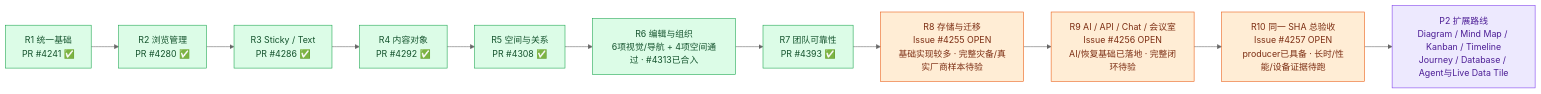
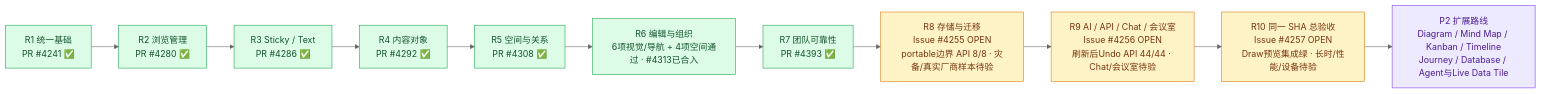
The first of 5 diagrams in phases/phase-19-board-visual-workspace/design-deltas/2026-09-26-unified-board-plan.md (boardx/workspacex), drawn with Mermaid (neutral theme) before and after one commit. The commit also changed other lines of this file, not shown here.

````diff
--- a/phases/phase-19-board-visual-workspace/design-deltas/2026-09-26-unified-board-plan.md
+++ b/phases/phase-19-board-visual-workspace/design-deltas/2026-09-26-unified-board-plan.md
@@ -27,20 +29,20 @@
 ```mermaid
 flowchart LR
   R1["R1 统一基础<br/>PR #4241 ✅"]:::merged --> R2["R2 浏览管理<br/>PR #4280 ✅"]:::merged
   R2 --> R3["R3 Sticky / Text<br/>PR #4286 ✅"]:::merged
   R3 --> R4["R4 内容对象<br/>PR #4292 ✅"]:::merged
   R4 --> R5["R5 空间与关系<br/>PR #4308 ✅"]:::merged
   R5 --> R6["R6 编辑与组织<br/>6项视觉/导航 + 4项空间通过 · #4313已合入"]:::merged
   R6 --> R7["R7 团队可靠性<br/>PR #4393 ✅"]:::merged
-  R7 --> R8["R8 存储与迁移<br/>Issue #4255 OPEN<br/>基础实现较多 · 完整灾备/真实厂商样本待验"]:::working
-  R8 --> R9["R9 AI / API / Chat / 会议室<br/>Issue #4256 OPEN<br/>AI/恢复基础已落地 · 完整闭环待验"]:::working
-  R9 --> R10["R10 同一 SHA 总验收<br/>Issue #4257 OPEN<br/>producer已具备 · 长时/性能/设备证据待跑"]:::working
+  R7 --> R8["R8 存储与迁移<br/>Issue #4255 OPEN<br/>portable边界 API 8/8 · 灾备/真实厂商样本待验"]:::accepting
+  R8 --> R9["R9 AI / API / Chat / 会议室<br/>Issue #4256 OPEN<br/>刷新后Undo API 44/44 · Chat/会议室待验"]:::accepting
+  R9 --> R10["R10 同一 SHA 总验收<br/>Issue #4257 OPEN<br/>Draw预览集成绿 · 长时/性能/设备待验"]:::accepting
   R10 --> P2["P2 扩展路线<br/>Diagram / Mind Map / Kanban / Timeline<br/>Journey / Database / Agent与Live Data Tile"]:::future
   classDef merged fill:#dcfce7,stroke:#16a34a,color:#14532d
   classDef accepting fill:#fef3c7,stroke:#d97706,color:#78350f
   classDef ready fill:#dbeafe,stroke:#2563eb,color:#1e3a8a
   classDef working fill:#ffedd5,stroke:#ea580c,color:#7c2d12
   classDef blocked fill:#fee2e2,stroke:#dc2626,color:#7f1d1d
   classDef todo fill:#f1f5f9,stroke:#64748b,color:#334155
   classDef future fill:#ede9fe,stroke:#7c3aed,color:#4c1d95
 ```
````
